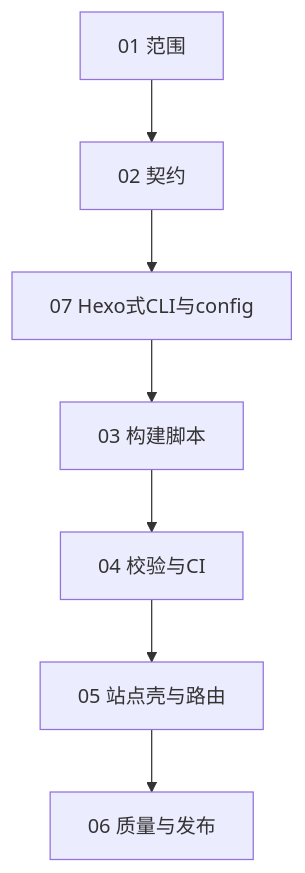
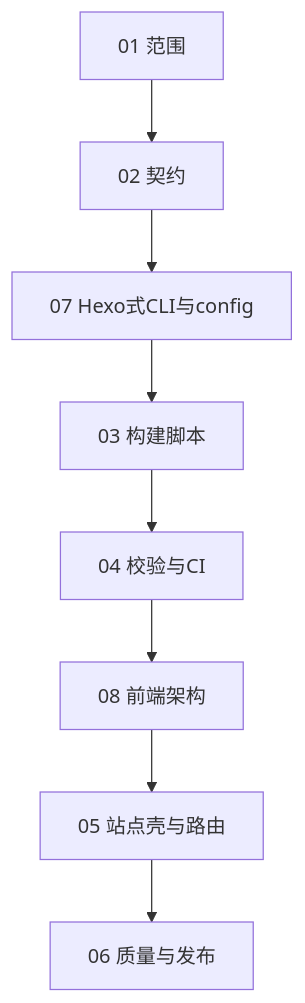
The diagram in plan/00-index.md (widsnoy/typlog), drawn with Mermaid before and after one commit. The commit also changed other lines of this file and 14 other files, not shown here.

````diff
--- a/plan/00-index.md
+++ b/plan/00-index.md
@@ -40,9 +42,10 @@
 ```mermaid
 flowchart TD
   b1[01 范围] --> b2[02 契约]
   b2 --> t7[07 Hexo式CLI与config]
   t7 --> b3[03 构建脚本]
   b3 --> b4[04 校验与CI]
-  b4 --> f1[05 站点壳与路由]
+  b4 --> f0[08 前端架构]
+  f0 --> f1[05 站点壳与路由]
   f1 --> f2[06 质量与发布]
 ```
````
